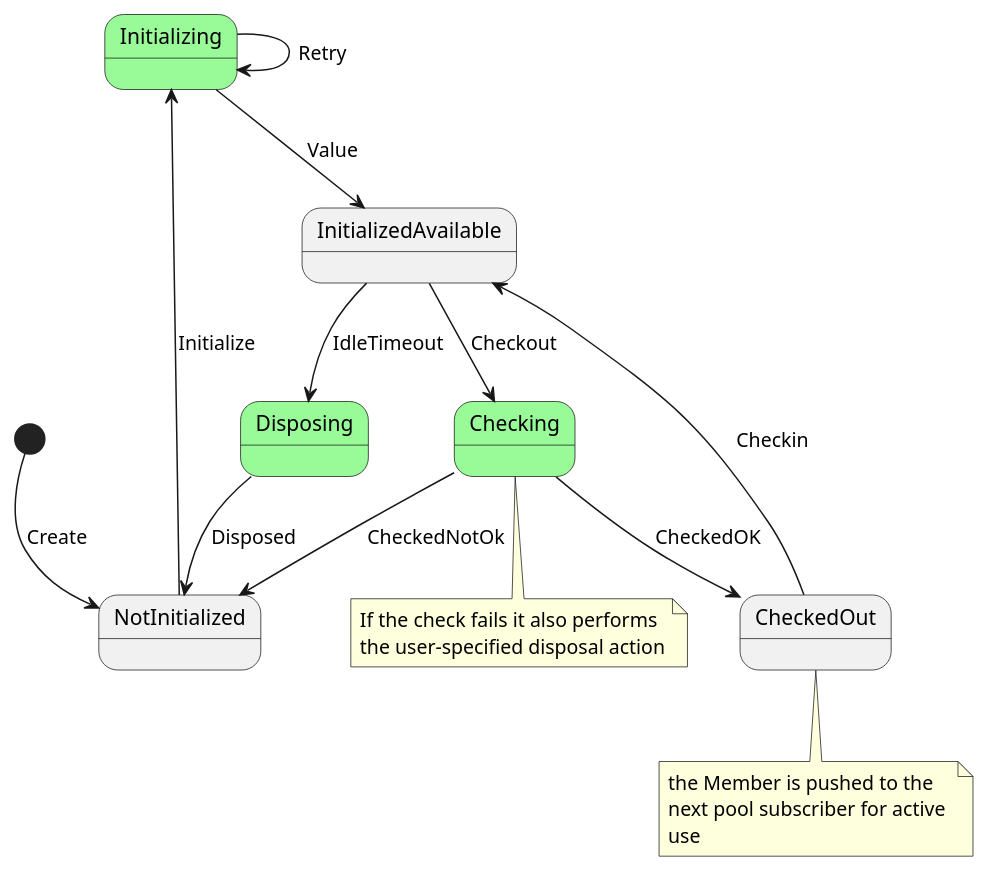
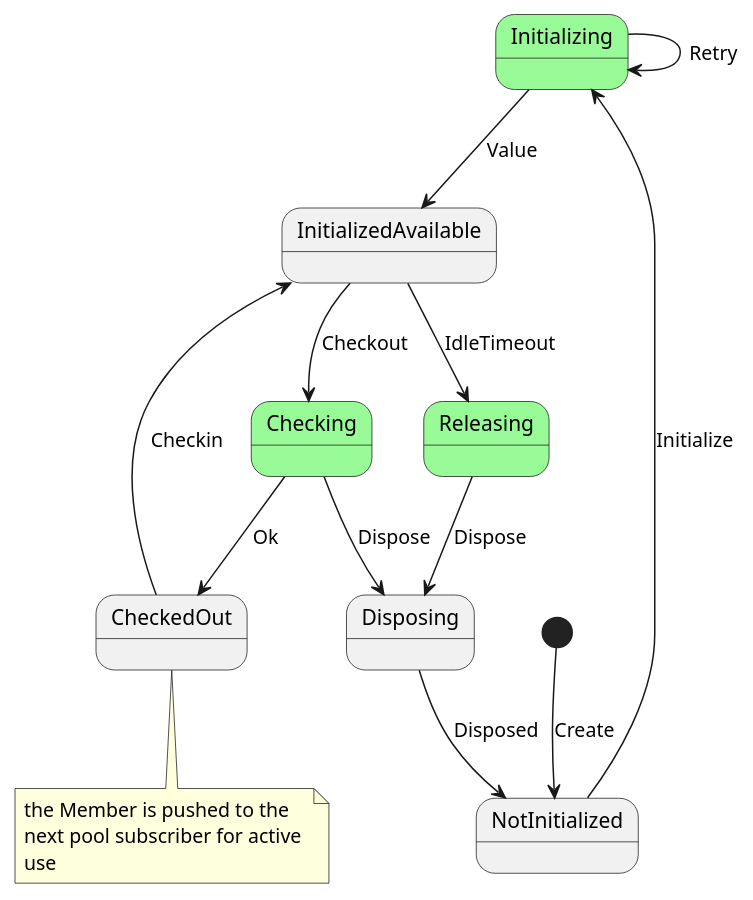
One commit to davidmoten/rxjava3-pool changed the diagram in src/main/plantuml/Member-state-diagram.puml. Above: the diagram before and after it, drawn with PlantUML. The commit also changed 1 other file, not shown here.

Commit message:
update diagram

```diff
--- a/src/main/plantuml/Member-state-diagram.puml
+++ b/src/main/plantuml/Member-state-diagram.puml
@@ -1,32 +1,28 @@
 @startuml
 
 state Initializing #palegreen {
 }
 state Checking #palegreen {
 }
-state Disposing #palegreen {
+state Releasing #palegreen {
 }
 
 [*] --> NotInitialized: Create
 NotInitialized --> Initializing: Initialize
 Initializing --> InitializedAvailable: Value
 Initializing --> Initializing: Retry
 InitializedAvailable --> Checking: Checkout
-Checking --> NotInitialized: CheckedNotOk
-Checking --> CheckedOut: CheckedOK
-InitializedAvailable --> Disposing: IdleTimeout 
+Checking --> Disposing: Dispose
+Checking --> CheckedOut: Ok
+InitializedAvailable --> Releasing: IdleTimeout
+Releasing --> Disposing: Dispose 
 Disposing --> NotInitialized: Disposed
 CheckedOut --> InitializedAvailable: Checkin
-
-note bottom of Checking
-  If the check fails it also performs
-  the user-specified disposal action
-end note
 
 note bottom of CheckedOut
   the Member is pushed to the 
   next pool subscriber for active 
   use
 end note
 
 @enduml
```
